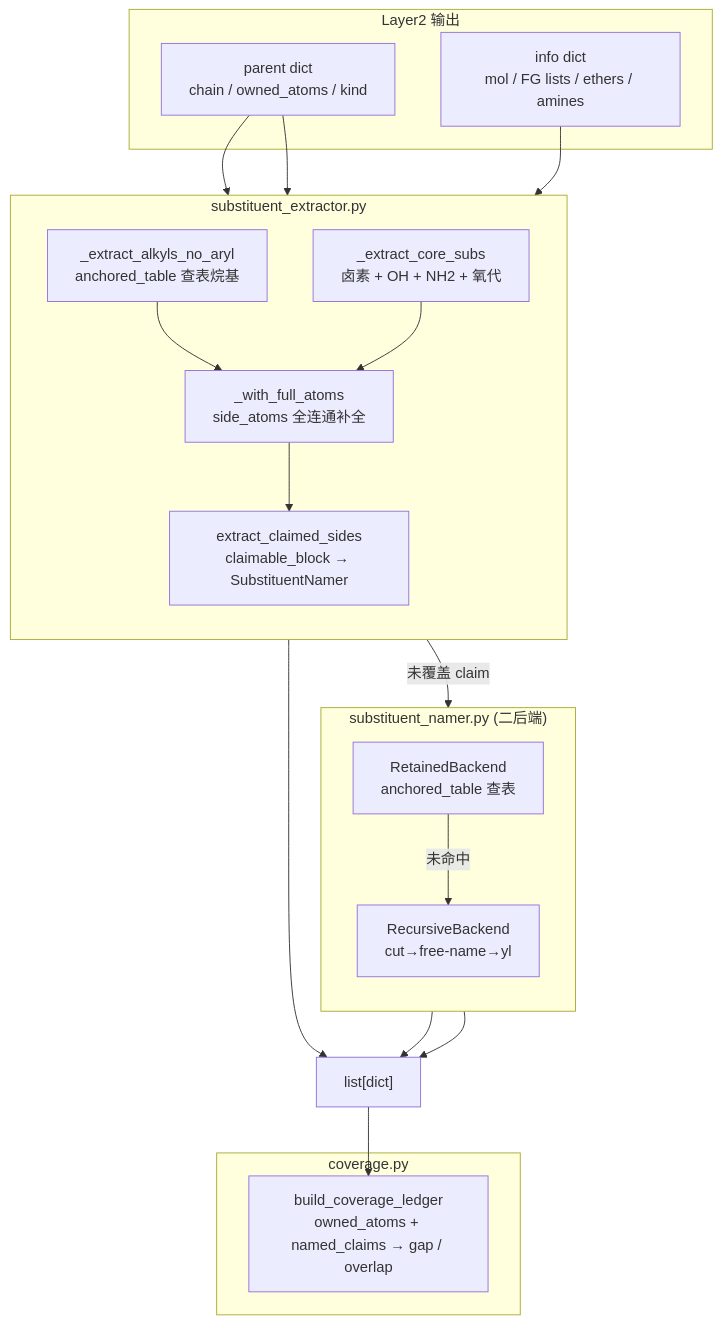
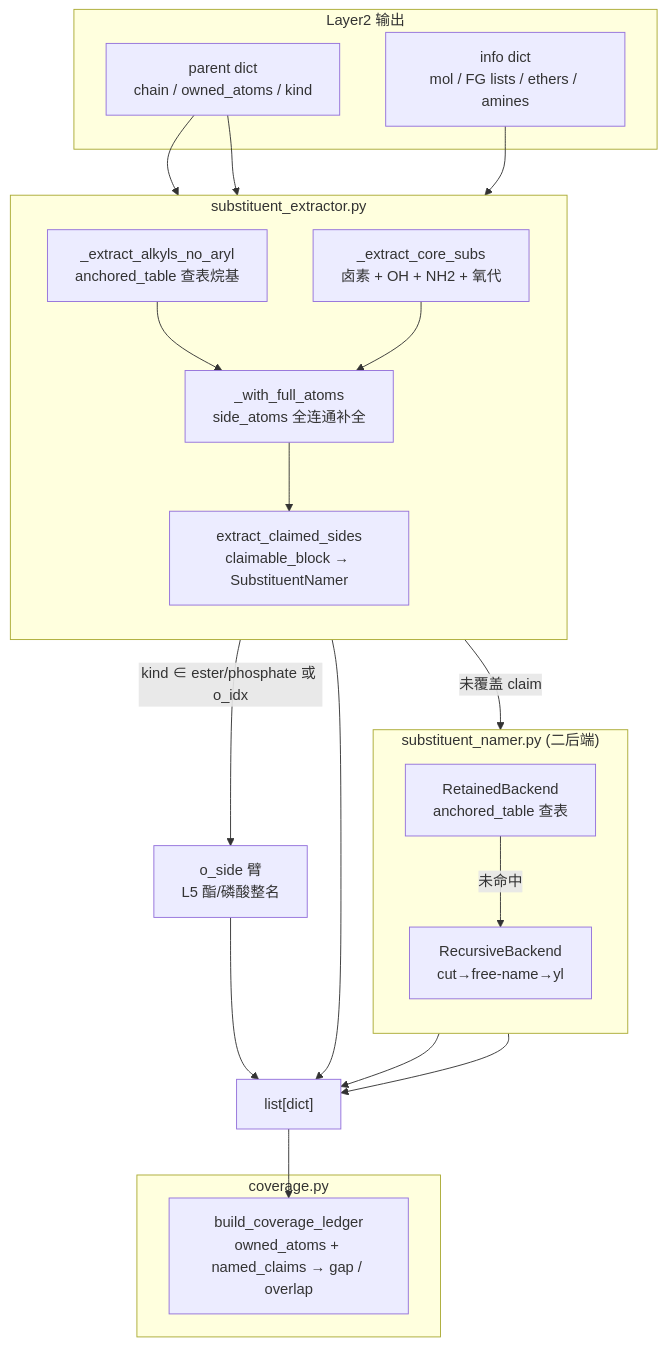
Before and after one commit to zouxiaofei1/OpenSMILES: the first of 2 diagrams in docs/wiki/architecture/layer3-substituents.md, drawn with Mermaid. The commit also changed other lines of this file and 13 other files, not shown here.

````diff
--- a/docs/wiki/architecture/layer3-substituents.md
+++ b/docs/wiki/architecture/layer3-substituents.md
@@ -124,41 +125,43 @@
 ```mermaid
 flowchart TD
     subgraph L2["Layer2 输出"]
         PARENT["parent dict<br/>chain / owned_atoms / kind"]
         INFO["info dict<br/>mol / FG lists / ethers / amines"]
     end
 
     subgraph EXTRACT["substituent_extractor.py"]
         direction TB
         CORE["_extract_core_subs<br/>卤素 + OH + NH2 + 氧代"]
         ALKYL["_extract_alkyls_no_aryl<br/>anchored_table 查表烷基"]
         FULL["_with_full_atoms<br/>side_atoms 全连通补全"]
         CLAIM["extract_claimed_sides<br/>claimable_block → SubstituentNamer"]
     end
 
     subgraph NAMER["substituent_namer.py (二后端)"]
         direction TB
         RETAINED["RetainedBackend<br/>anchored_table 查表"]
         RECURSE["RecursiveBackend<br/>cut→free-name→yl"]
     end
 
     subgraph LEDGER["coverage.py"]
         BUILD["build_coverage_ledger<br/>owned_atoms + named_claims → gap / overlap"]
     end
 
     PARENT --> CORE
     INFO --> CORE
     PARENT --> ALKYL
     ALKYL --> FULL
     CORE --> FULL
 
     FULL --> CLAIM
     CLAIM -- "未覆盖 claim" --> RETAINED
     RETAINED -- "未命中" --> RECURSE
+    CLAIM -- "kind ∈ ester/phosphate 或 o_idx" --> OSIDE["o_side 臂<br/>L5 酯/磷酸整名"]
 
     RETAINED --> SUBST["list[dict]"]
     RECURSE --> SUBST
     CLAIM --> SUBST
+    OSIDE --> SUBST
 
     SUBST --> BUILD
 ```
````
